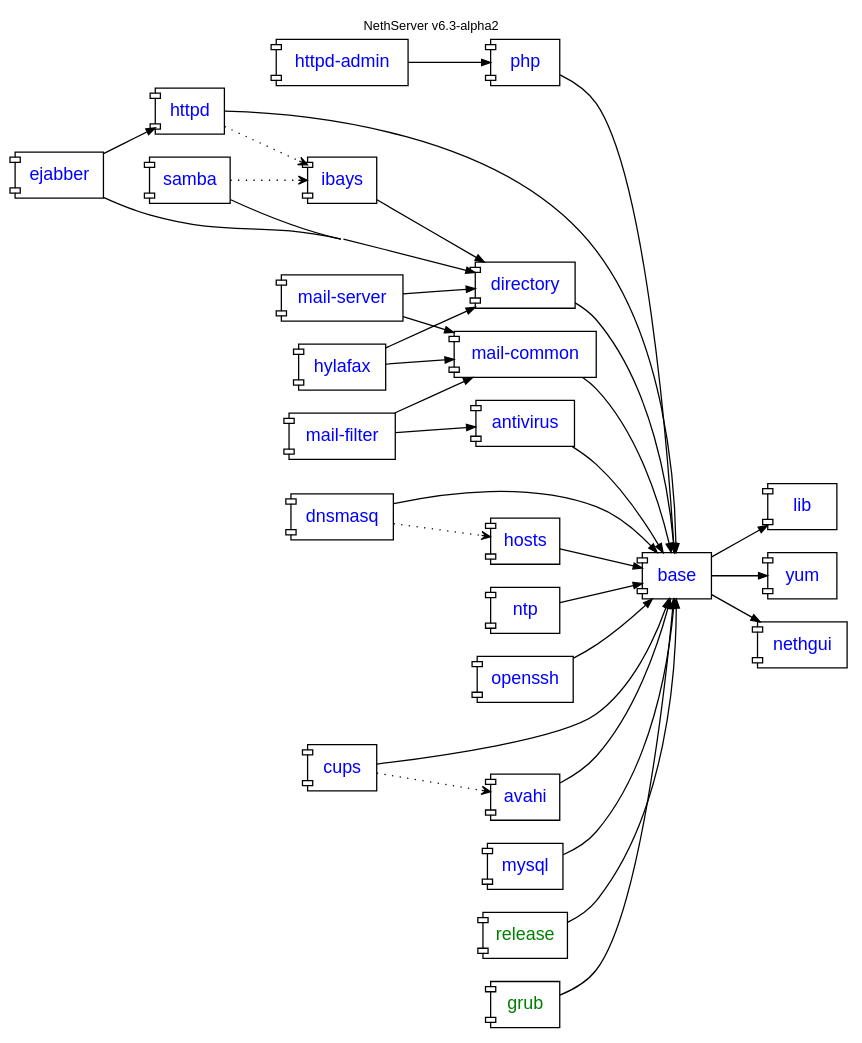
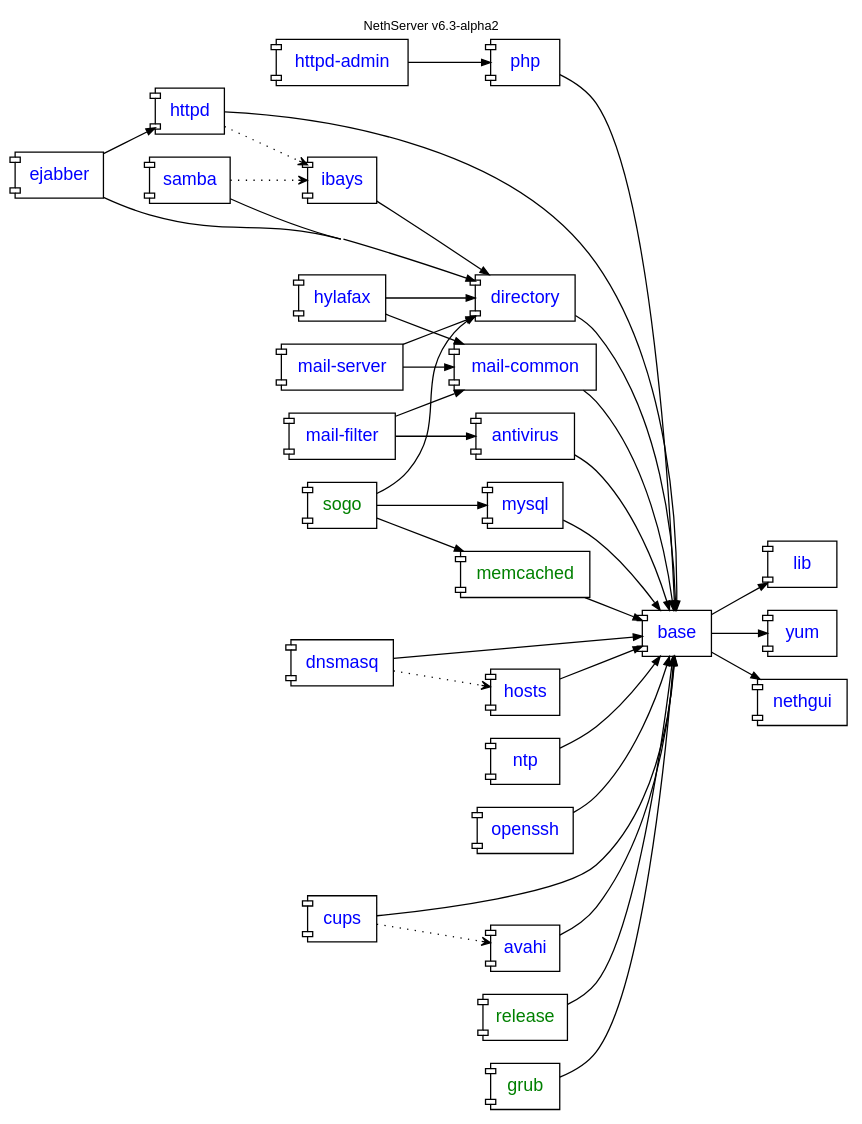
The diagram in nethserver/package-dependencies.dot (nethesis/dev-nethesis-it), drawn with Graphviz before and after one commit.

Commit message:
added SOGo and memcached packages

```diff
--- a/nethserver/package-dependencies.dot
+++ b/nethserver/package-dependencies.dot
@@ -1,67 +1,74 @@
 digraph "v6.3-alpha2" {
     rankdir = "LR"; compound = true; concentrate = true; fontname = "Helvetica"; fontnames="svg"; fontsize=10.0; label="NethServer v6.3-alpha2"; labelloc = "t"
 
     node [shape="component",fontname="Helvetica"];
     edge [arrowsize=0.7];
 
     httpd_admin [fontcolor=blue,label="httpd-admin",URL="http://dev.nethesis.it/projects/nethserver-httpd-admin"];
     base [fontcolor=blue,URL="http://dev.nethesis.it/projects/nethserver-base"];
     directory [fontcolor=blue,URL="http://dev.nethesis.it/projects/nethserver-directory"];    
     samba [fontcolor=blue,URL="http://dev.nethesis.it/projects/nethserver-samba"];    
     ibays [fontcolor=blue,URL="http://dev.nethesis.it/projects/nethserver-ibays"];    
     lib [fontcolor=blue,URL="http://dev.nethesis.it/projects/nethserver-lib"];    
     httpd [fontcolor=blue,URL="http://dev.nethesis.it/projects/nethserver-httpd"];    
     hosts [fontcolor=blue,URL="http://dev.nethesis.it/projects/nethserver-hosts"];
     php [fontcolor=blue,URL="http://dev.nethesis.it/projects/nethserver-php"];
     yum [fontcolor=blue,URL="http://dev.nethesis.it/projects/nethserver-yum"];
     ntp [fontcolor=blue,URL="http://dev.nethesis.it/projects/nethserver-ntp"];
     dnsmasq [fontcolor=blue,URL="http://dev.nethesis.it/projects/nethserver-dnsmasq"];
     mails [label="mail-server",fontcolor=blue,URL="http://dev.nethesis.it/projects/nethserver-mail-server"];
     mailf [label="mail-filter",fontcolor=blue,URL="http://dev.nethesis.it/projects/nethserver-mail-filter"];
     mailc [label="mail-common",fontcolor=blue,URL="http://dev.nethesis.it/projects/nethserver-mail-common"];
     nethgui [fontcolor=blue,URL="http://dev.nethesis.it/projects/nethgui"];    
     openssh [fontcolor=blue,URL="http://dev.nethesis.it/projects/nethserver-openssh"];
     antivirus [fontcolor=blue,URL="http://dev.nethesis.it/projects/nethserver-antivirus"];
     cups [fontcolor=blue,URL="http://dev.nethesis.it/projects/nethserver-cups"];
     avahi [fontcolor=blue];
     ejabber [fontcolor=blue,URL="http://dev.nethesis.it/projects/nethserver-ejabberd"];
     mysql [fontcolor=blue,URL="http://dev.nethesis.it/projects/nethserver-mysql"];
     hylafax [fontcolor=blue,URL="http://dev.nethesis.it/projects/nethserver-hylafax"];
 
     release [fontcolor=green,URL="https://dev.nethesis.it/projects/nethserver-base/repository/nethserver-release"];
     grub [fontcolor=green,URL="https://dev.nethesis.it/projects/nethserver-base/repository/nethserver-grub"];
-                   
+    memcached [fontcolor=green,URL="https://dev.nethesis.it/projects/nethserver/repository/nethserver-memcached"];
+    sogo [fontcolor=green,URL="https://dev.nethesis.it/projects/nethserver/repository/nethserver-sogo"];    
+
+    
     base -> lib
     base -> nethgui
     openssh -> base
     directory -> base
     samba -> directory
     ibays -> directory
     httpd -> base
     httpd -> ibays [style=dotted,arrowhead=vee];
     dnsmasq -> hosts [style=dotted,arrowhead=vee];
     dnsmasq -> base
     hosts -> base
     httpd_admin -> php
     samba -> ibays [style=dotted,arrowhead=vee];
     base -> yum
     ntp -> base
     php -> base
     mails -> directory
     mails -> mailc
     mailf -> mailc
     mailf -> antivirus
     mailc -> base
     antivirus -> base
     release -> base
     grub -> base
     cups -> base
     avahi -> base
     cups -> avahi [style=dotted,arrowhead=vee];
     ejabber -> directory
     ejabber -> httpd
     mysql -> base
     hylafax -> directory
     hylafax -> mailc
+    sogo -> memcached
+    sogo -> directory
+    sogo -> mysql
+    memcached -> base
 
 }
```
